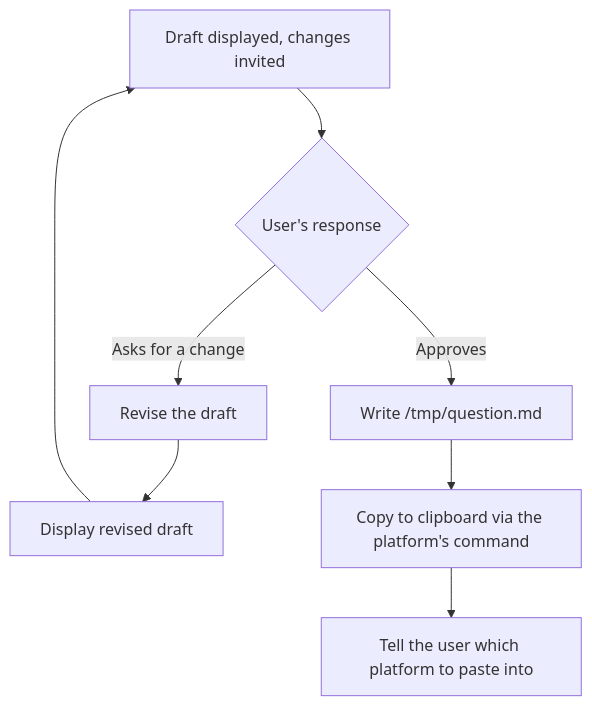
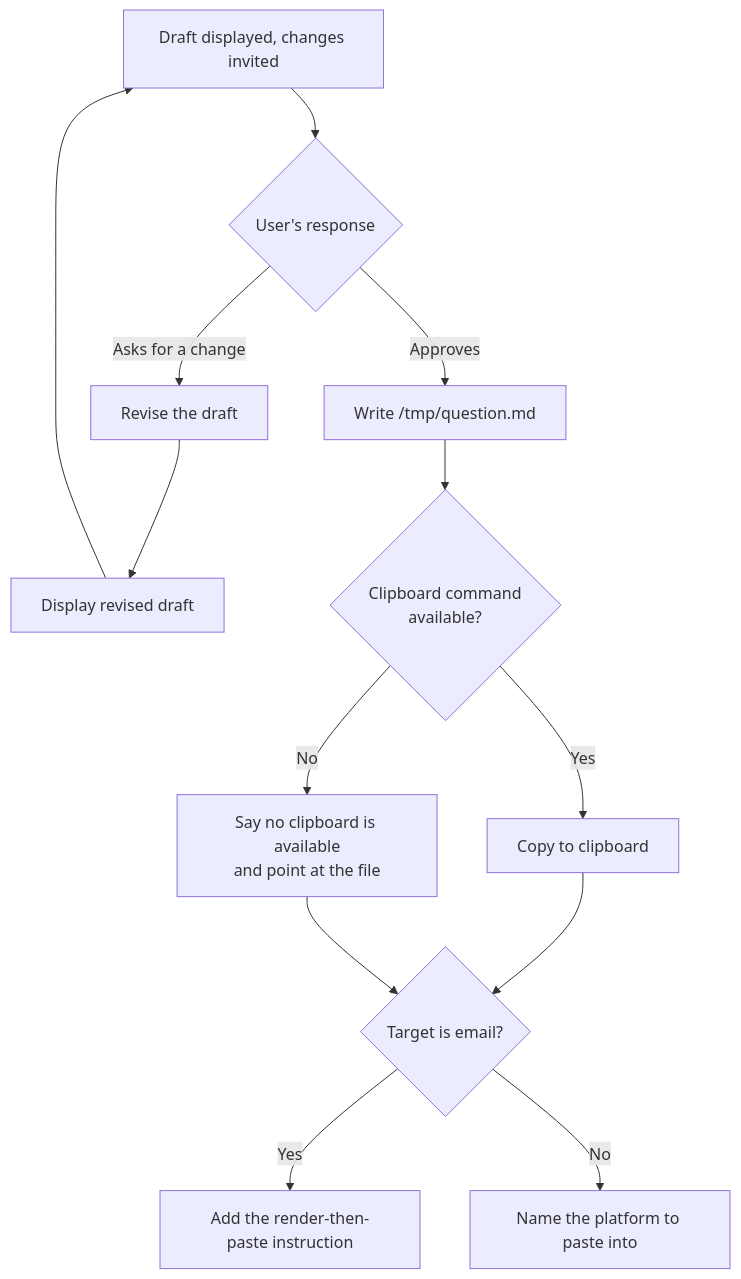
One commit to repobuddy/repobuddy changed the second of 2 diagrams in .agents/spec/agent-skills/to-question/README.md. Above: the diagram before and after it, drawn with Mermaid. The commit also changed other lines of this file and 6 other files, not shown here.

````diff
--- a/.agents/spec/agent-skills/to-question/README.md
+++ b/.agents/spec/agent-skills/to-question/README.md
@@ -118,10 +133,15 @@
 ```mermaid
 graph TD
     O[Draft displayed, changes invited] --> P{User's response}
     P -->|Asks for a change| Q[Revise the draft]
     Q --> R[Display revised draft]
     R --> O
     P -->|Approves| S[Write /tmp/question.md]
-    S --> T[Copy to clipboard via the platform's command]
-    T --> U[Tell the user which platform to paste into]
+    S --> T{Clipboard command<br/>available?}
+    T -->|Yes| U[Copy to clipboard]
+    T -->|No| V[Say no clipboard is available<br/>and point at the file]
+    U --> W{Target is email?}
+    V --> W
+    W -->|Yes| X[Add the render-then-paste instruction]
+    W -->|No| Y[Name the platform to paste into]
 ```
````
